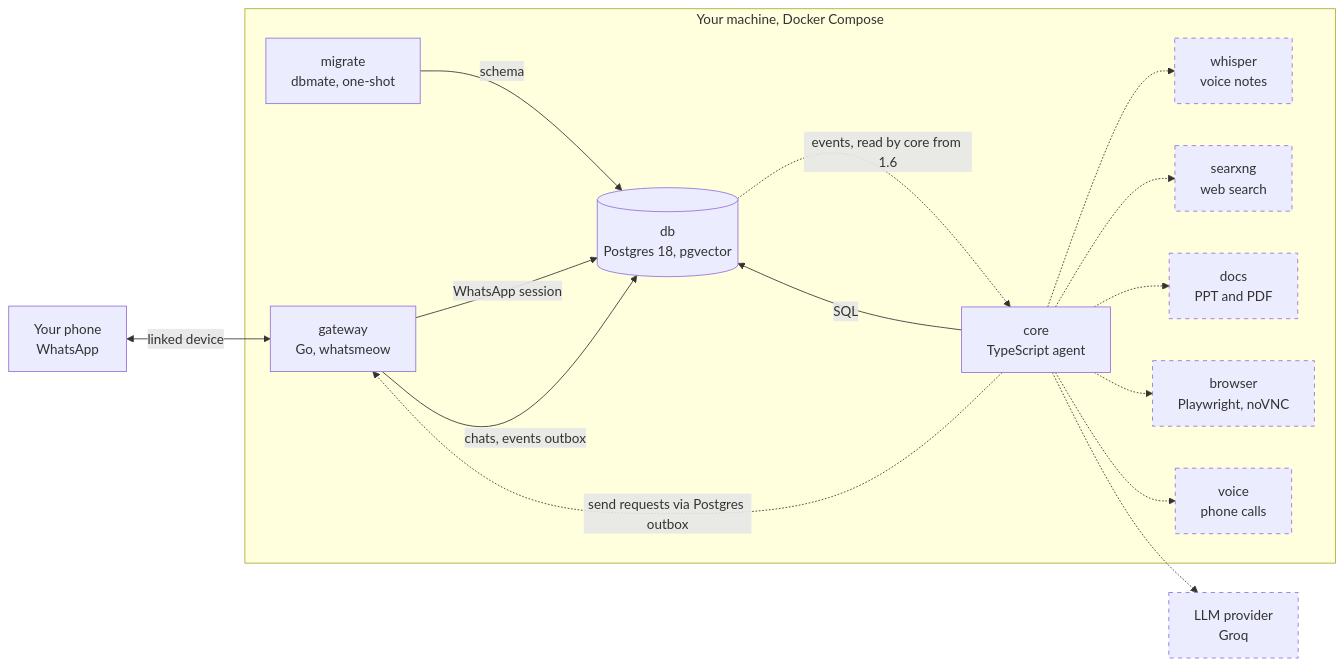
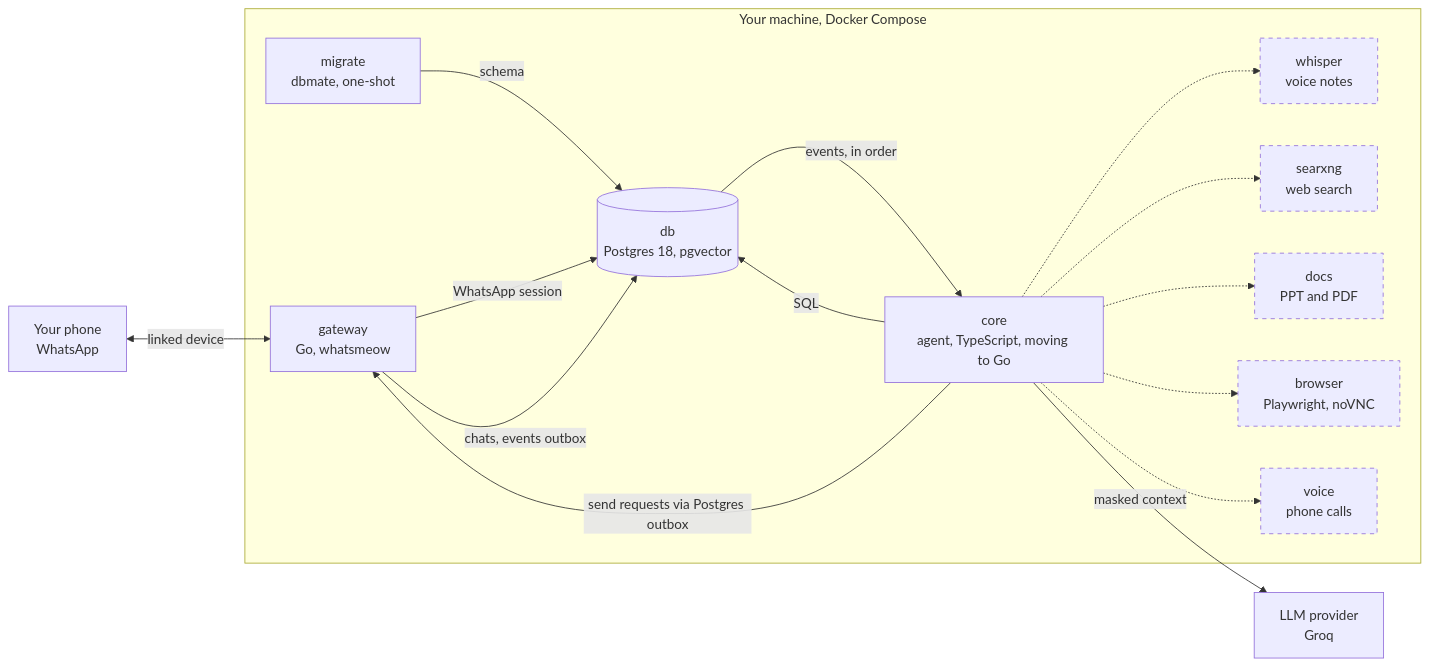
One commit to Anmolas1402/kaya changed the first of 5 diagrams in README.md. Above: the diagram before and after it, drawn with Mermaid. The commit also changed other lines of this file, not shown here.

````diff
--- a/README.md
+++ b/README.md
@@ -163,34 +167,34 @@
 ```mermaid
 flowchart LR
     phone["Your phone<br/>WhatsApp"]
     llm["LLM provider<br/>Groq"]
 
     subgraph host["Your machine, Docker Compose"]
         gateway["gateway<br/>Go, whatsmeow"]
-        core["core<br/>TypeScript agent"]
+        core["core<br/>agent, TypeScript, moving to Go"]
         db[("db<br/>Postgres 18, pgvector")]
         migrate["migrate<br/>dbmate, one-shot"]
         whisper["whisper<br/>voice notes"]
         searxng["searxng<br/>web search"]
         docs["docs<br/>PPT and PDF"]
         browser["browser<br/>Playwright, noVNC"]
         voice["voice<br/>phone calls"]
     end
 
     phone <-->|"linked device"| gateway
     migrate -->|"schema"| db
     gateway -->|"WhatsApp session"| db
     core -->|"SQL"| db
     gateway -->|"chats, events outbox"| db
-    db -.->|"events, read by core from 1.6"| core
-    core -.->|"send requests via Postgres outbox"| gateway
-    core -.-> llm
+    db -->|"events, in order"| core
+    core -->|"send requests via Postgres outbox"| gateway
+    core -->|"masked context"| llm
     core -.-> whisper
     core -.-> searxng
     core -.-> docs
     core -.-> browser
     core -.-> voice
 
     classDef planned stroke-dasharray: 5 5
-    class llm,whisper,searxng,docs,browser,voice planned
+    class whisper,searxng,docs,browser,voice planned
 ```
````
